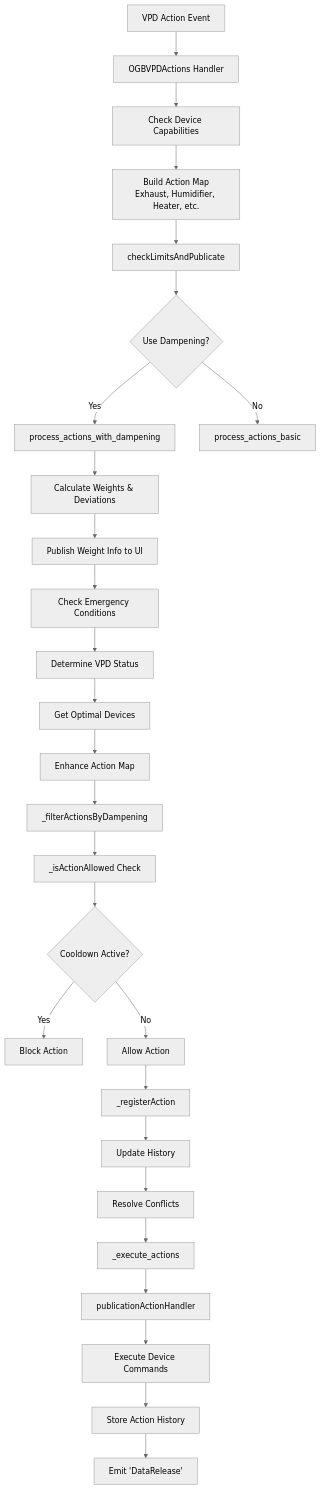
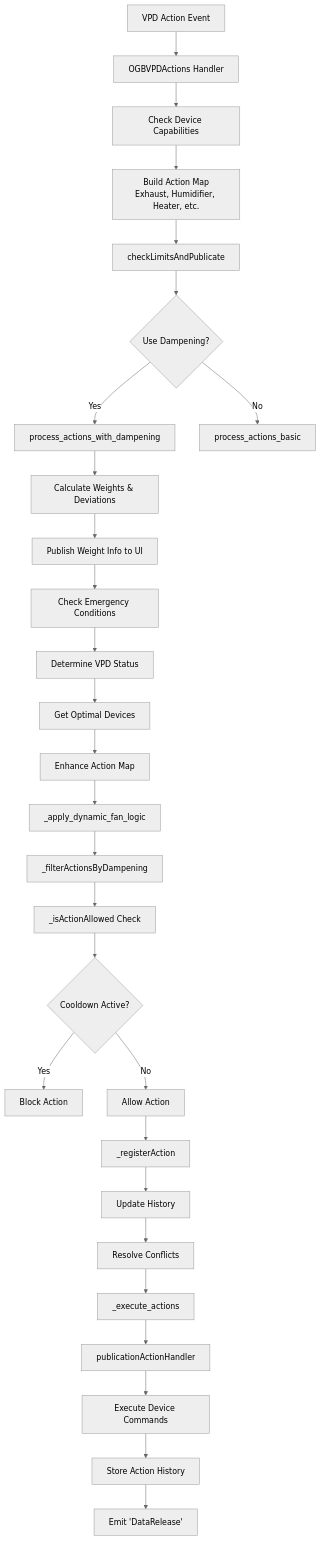
One commit to OpenGrow-Box/OpenGrowBox-HA changed the third of 3 diagrams in docs/core_concepts/action_cycles/VPD_MODES_COMPLETE_IMPLEMENTATION.md. Above: the diagram before and after it, drawn with Mermaid (neutral theme). The commit also changed other lines of this file and 6 other files, not shown here.

First line of the commit message:
feat: add temperature-aware dynamic fan logic for VPD control

````diff
--- a/docs/core_concepts/action_cycles/VPD_MODES_COMPLETE_IMPLEMENTATION.md
+++ b/docs/core_concepts/action_cycles/VPD_MODES_COMPLETE_IMPLEMENTATION.md
@@ -689,34 +752,35 @@
 ```mermaid
 graph TD
     A[VPD Action Event] --> B[OGBVPDActions Handler]
     B --> C[Check Device Capabilities]
     C --> D[Build Action Map<br/>Exhaust, Humidifier, Heater, etc.]
     D --> E[checkLimitsAndPublicate]
 
     E --> F{Use Dampening?}
     F -->|Yes| G[process_actions_with_dampening]
     F -->|No| H[process_actions_basic]
 
     G --> I[Calculate Weights & Deviations]
     I --> J[Publish Weight Info to UI]
     J --> K[Check Emergency Conditions]
     K --> L[Determine VPD Status]
     L --> M[Get Optimal Devices]
     M --> N[Enhance Action Map]
-    N --> O[_filterActionsByDampening]
+    N --> N2[_apply_dynamic_fan_logic]
+    N2 --> O[_filterActionsByDampening]
 
     O --> P[_isActionAllowed Check]
     P --> Q{Cooldown Active?}
     Q -->|Yes| R[Block Action]
     Q -->|No| S[Allow Action]
 
     S --> T[_registerAction]
     T --> U[Update History]
     U --> V[Resolve Conflicts]
     V --> W[_execute_actions]
 
     W --> X[publicationActionHandler]
     X --> Y[Execute Device Commands]
     Y --> Z[Store Action History]
     Z --> AA[Emit 'DataRelease']
 ```
````
